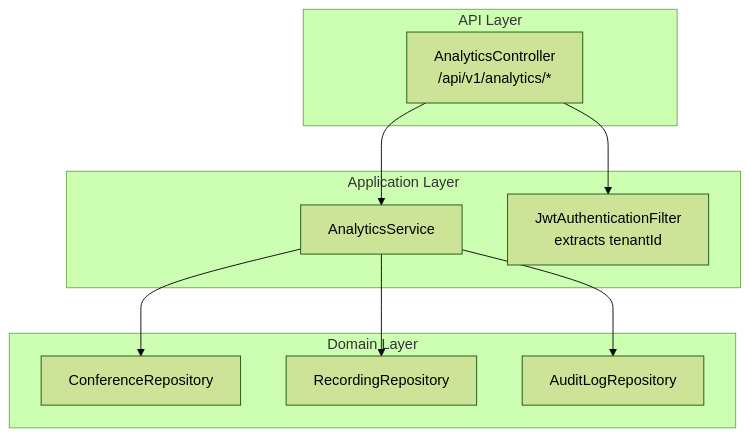
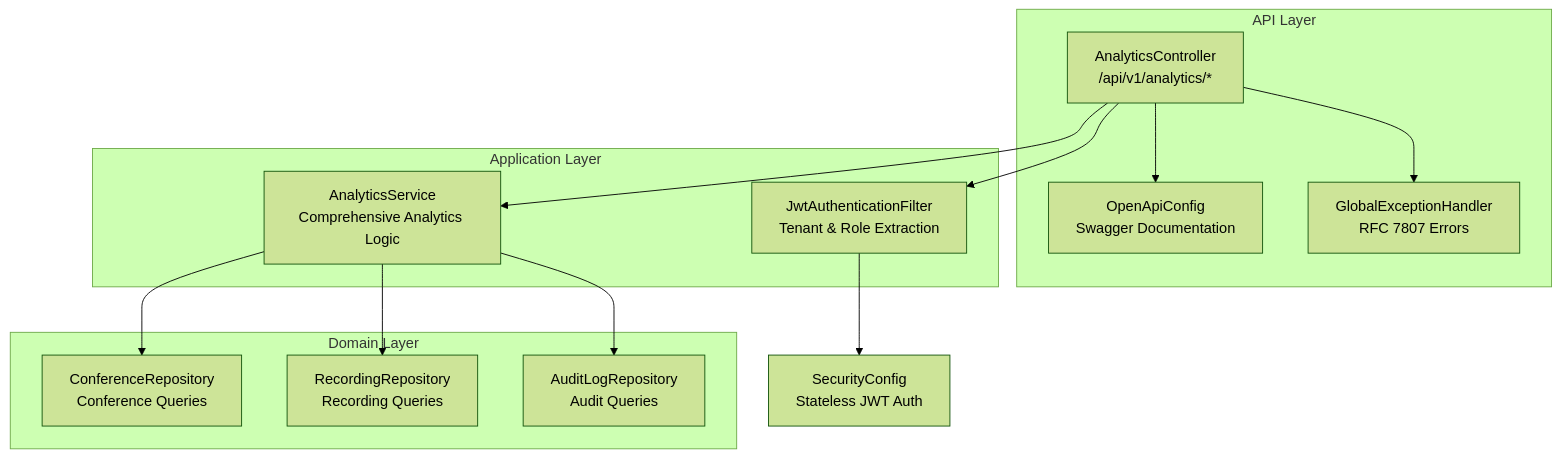
The first of 4 diagrams in .qoder/repowiki/en/content/API Documentation/Analytics and Reporting API.md (Vostrikov2014/vks-qoder), drawn with Mermaid (forest theme) before and after one commit. The commit also changed other lines of this file and 5 other files, not shown here.

````diff
--- a/.qoder/repowiki/en/content/API Documentation/Analytics and Reporting API.md
+++ b/.qoder/repowiki/en/content/API Documentation/Analytics and Reporting API.md
@@ -38,20 +48,25 @@
 ```mermaid
 graph TB
 subgraph "API Layer"
 AC["AnalyticsController<br/>/api/v1/analytics/*"]
+OA["OpenApiConfig<br/>Swagger Documentation"]
+GE["GlobalExceptionHandler<br/>RFC 7807 Errors"]
 end
 subgraph "Application Layer"
-AS["AnalyticsService"]
-JWT["JwtAuthenticationFilter<br/>extracts tenantId"]
+AS["AnalyticsService<br/>Comprehensive Analytics Logic"]
+JWT["JwtAuthenticationFilter<br/>Tenant & Role Extraction"]
 end
 subgraph "Domain Layer"
-CR["ConferenceRepository"]
-RR["RecordingRepository"]
-AR["AuditLogRepository"]
+CR["ConferenceRepository<br/>Conference Queries"]
+RR["RecordingRepository<br/>Recording Queries"]
+AR["AuditLogRepository<br/>Audit Queries"]
 end
 AC --> AS
 AC --> JWT
+AC --> OA
+AC --> GE
 AS --> CR
 AS --> RR
 AS --> AR
+JWT --> SC["SecurityConfig<br/>Stateless JWT Auth"]
 ```
````
